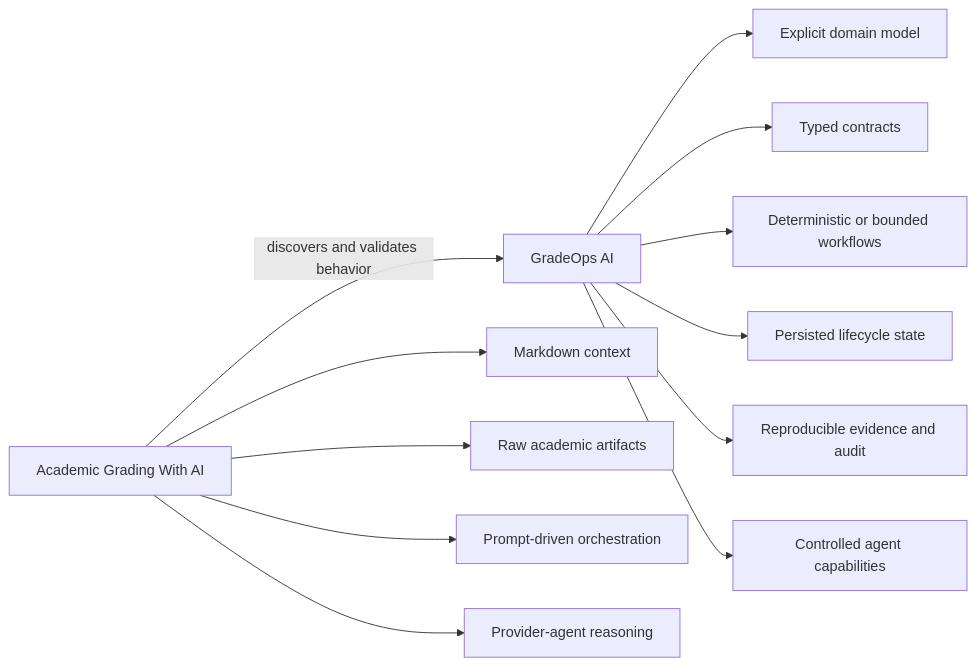
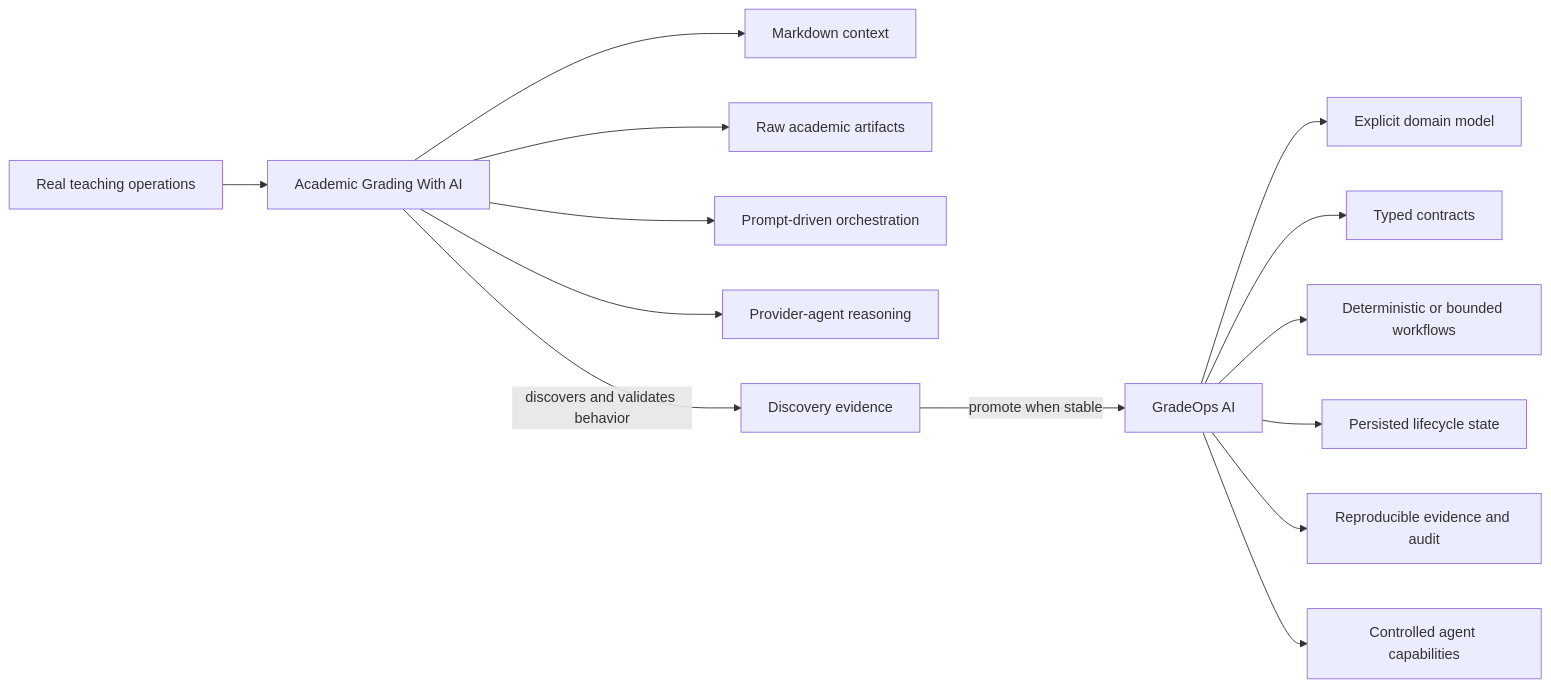
One commit to cmartinezs/grade-ops-ai changed the diagram in docs/99-decisions/2026-09-04-academic-grading-with-ai-reference-implementation.md. Above: the diagram before and after it, drawn with Mermaid. The commit also changed other lines of this file, not shown here.

Commit message:
docs: codify teaching ownership and discovery relationship

````diff
--- a/docs/99-decisions/2026-09-04-academic-grading-with-ai-reference-implementation.md
+++ b/docs/99-decisions/2026-09-04-academic-grading-with-ai-reference-implementation.md
@@ -32,15 +32,18 @@
 ```mermaid
 flowchart LR
-    AG[Academic Grading With AI] -->|discovers and validates behavior| GO[GradeOps AI]
+    T[Real teaching operations] --> AG[Academic Grading With AI]
     AG --> MD[Markdown context]
     AG --> RAW[Raw academic artifacts]
     AG --> PROMPT[Prompt-driven orchestration]
     AG --> LLM[Provider-agent reasoning]
+
+    AG -->|discovers and validates behavior| DISC[Discovery evidence]
+    DISC -->|promote when stable| GO[GradeOps AI]
 
     GO --> DOMAIN[Explicit domain model]
     GO --> CONTRACTS[Typed contracts]
     GO --> WORKFLOWS[Deterministic or bounded workflows]
     GO --> STATE[Persisted lifecycle state]
     GO --> EVIDENCE[Reproducible evidence and audit]
     GO --> AGENTS[Controlled agent capabilities]
 ```
````
